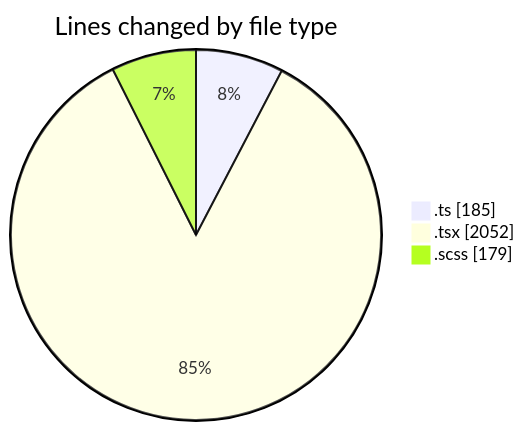
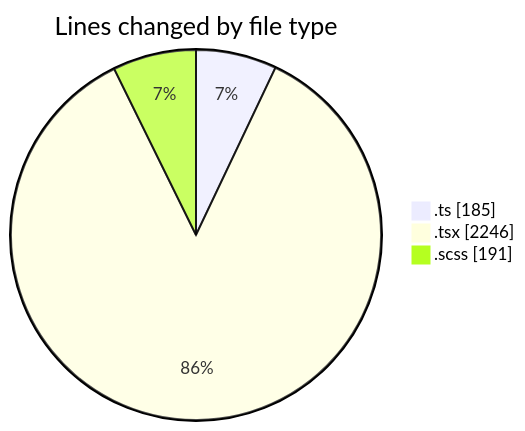
One commit to momahboobian/code-tracking changed the first of 2 diagrams in 2026-11-05/cda/README.md. Above: the diagram before and after it, drawn with Mermaid. The commit also changed other lines of this file and 1 other file, not shown here.

````diff
--- a/2026-11-05/cda/README.md
+++ b/2026-11-05/cda/README.md
@@ -31,7 +33,7 @@
 ```mermaid
 pie showData
 title Lines changed by file type
 ".ts" : 185
-".tsx" : 2052
-".scss" : 179
+".tsx" : 2246
+".scss" : 191
 ```
````
